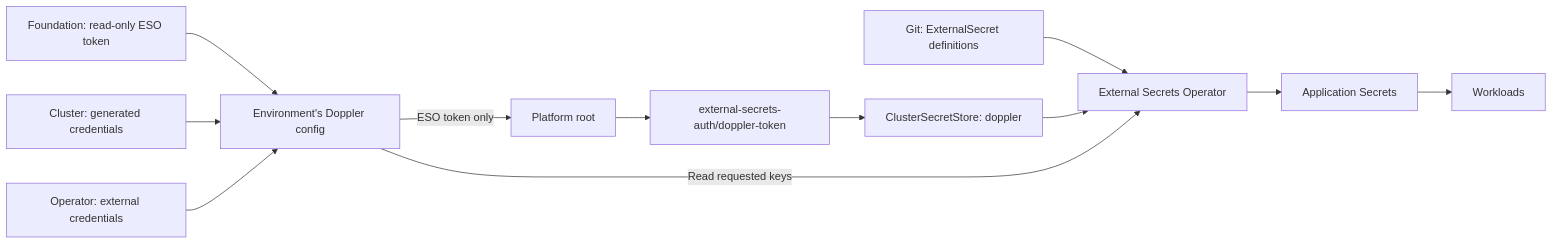
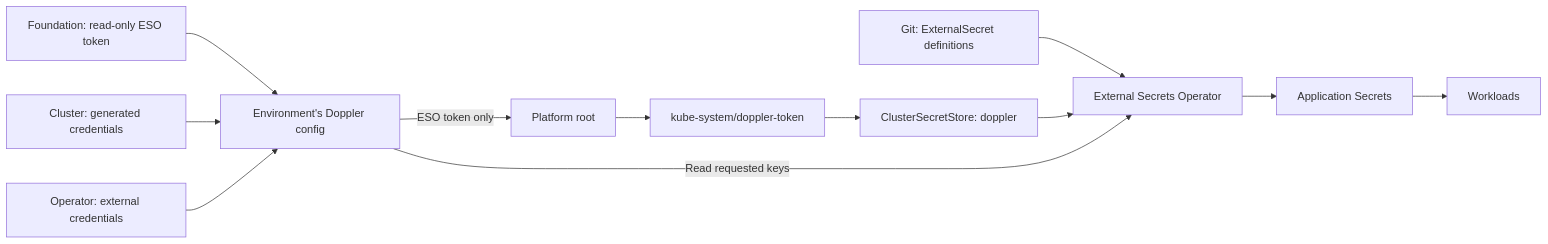
Before and after one commit to phuchoang2603/talos-proxmox: the second of 2 diagrams in docs/architecture/gitops.md, drawn with Mermaid. The commit also changed other lines of this file and 25 other files, not shown here.

First line of the commit message:
Merge secret-stores, burst-policy, and karpenter-crd into parent charts

````diff
--- a/docs/architecture/gitops.md
+++ b/docs/architecture/gitops.md
@@ -56,14 +56,14 @@
 ```mermaid
 flowchart LR
     Foundation["Foundation: read-only ESO token"] --> Doppler["Environment's Doppler config"]
     Cluster["Cluster: generated credentials"] --> Doppler
     Operator["Operator: external credentials"] --> Doppler
     Doppler -->|"ESO token only"| Platform["Platform root"]
-    Platform --> Auth["external-secrets-auth/doppler-token"]
+    Platform --> Auth["kube-system/doppler-token"]
     Auth --> Store["ClusterSecretStore: doppler"]
     Git["Git: ExternalSecret definitions"] --> ESO["External Secrets Operator"]
     Store --> ESO
     Doppler -->|"Read requested keys"| ESO
     ESO --> Secrets["Application Secrets"]
     Secrets --> Pods["Workloads"]
 ```
````
